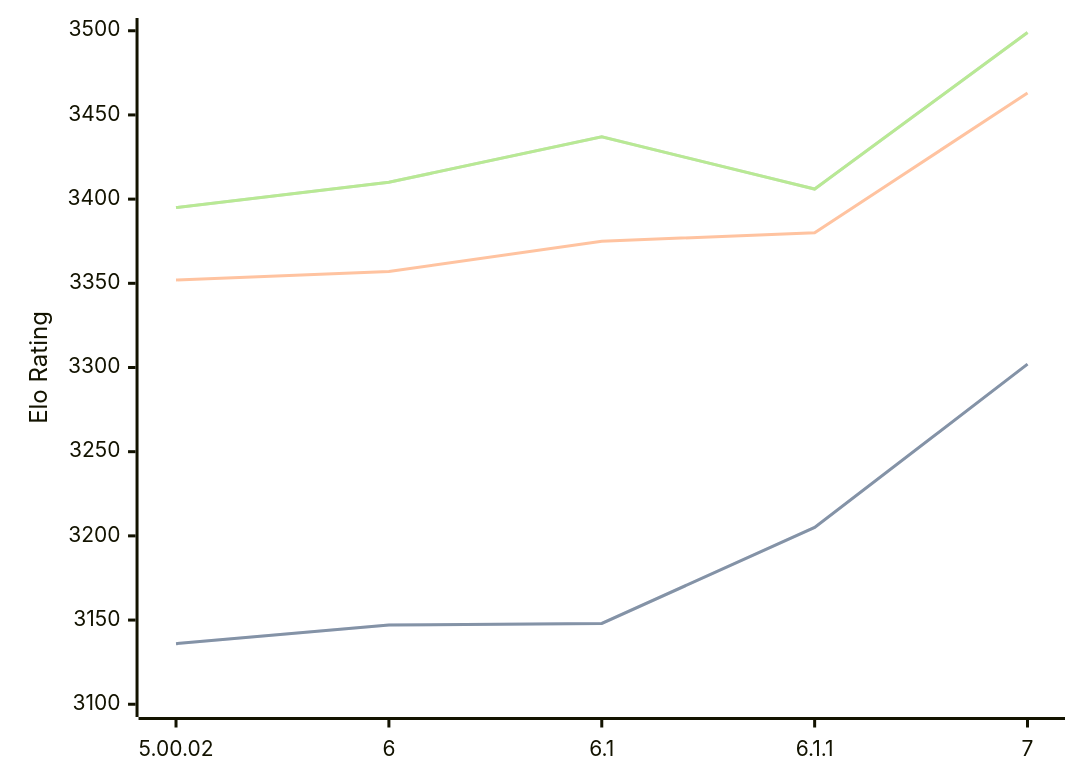
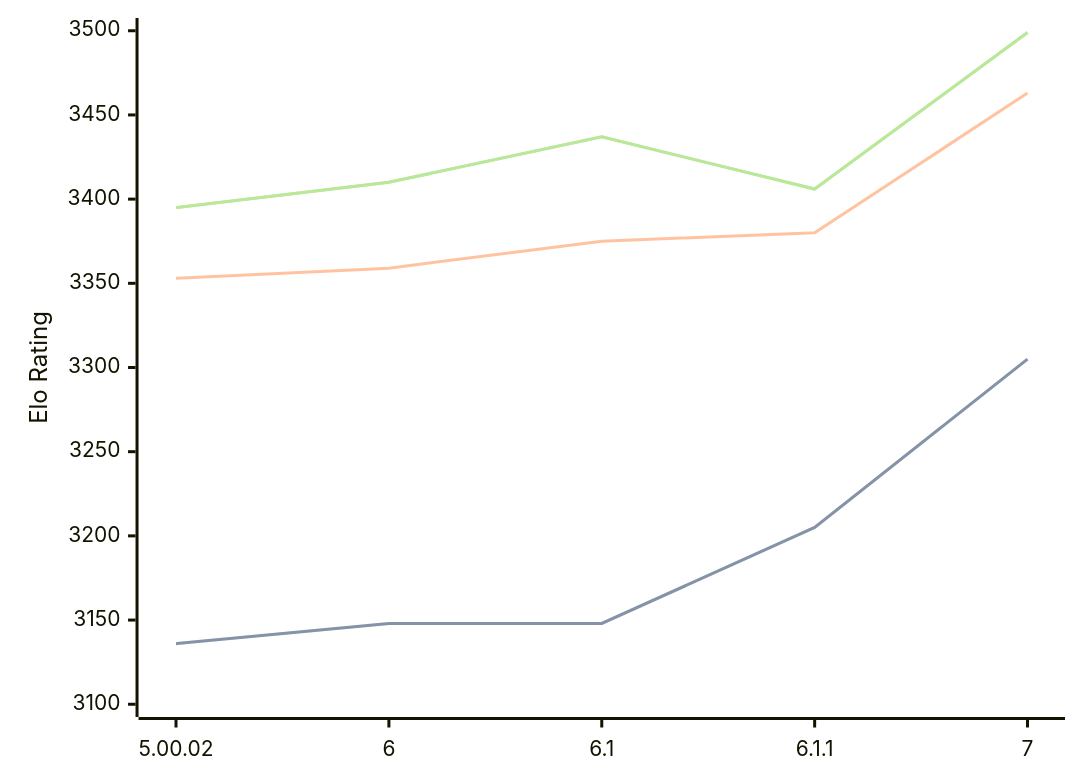
Before and after one commit to computer-chess-index/cci: the diagram in engines/Zangdar.md, drawn with Mermaid. The commit also changed other lines of this file, not shown here.

````diff
--- a/engines/Zangdar.md
+++ b/engines/Zangdar.md
@@ -35,11 +35,11 @@
 ```mermaid
 %%{init: {"theme":"base","themeVariables":{"seriesColors:['#a3a3a3','#222221','#faa371']}}}%%
 xychart-beta
   x-axis ["5.00.02", "6", "6.1", "6.1.1", "7"]
   y-axis "Elo Rating" 3100 --> 3500
-  line "" [3136, 3147, 3148, 3205, 3302]
-  line "STC (8.0+0.08s)" [3136, 3147, 3148, 3205, 3302]
-  line "LTC (60.0+0.60s)" [3352, 3357, 3375, 3380, 3463]
+  line "" [3136, 3148, 3148, 3205, 3305]
+  line "STC (8.0+0.08s)" [3136, 3148, 3148, 3205, 3305]
+  line "LTC (60.0+0.60s)" [3353, 3359, 3375, 3380, 3463]
   line "" [3395, 3410, 3437, 3406, 3499]
   line "VLTC (2m24s+1.12s)" [3395, 3410, 3437, 3406, 3499]
 ```
````
